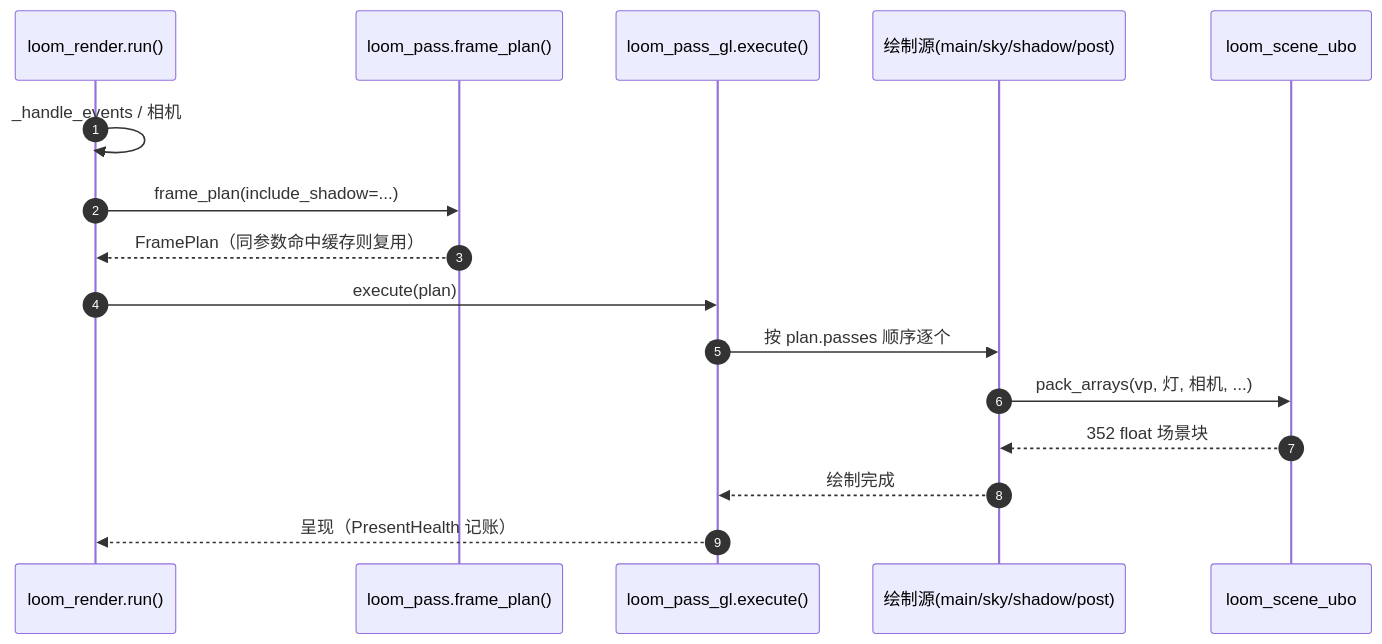
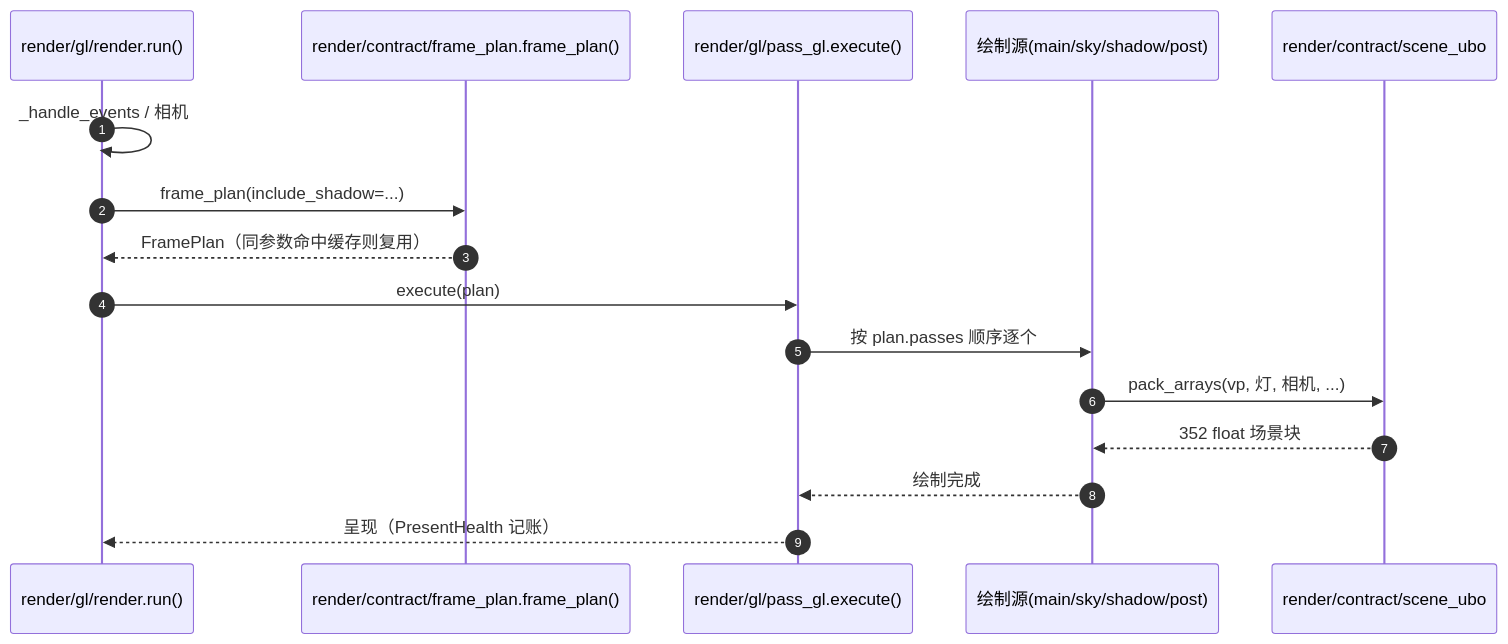
Before and after one commit to lhy302/WeaveEngine: diagram 14 of 23 in ARCHITECTURE.md, drawn with Mermaid. The commit also changed other lines of this file and 97 other files, not shown here.

````diff
--- a/ARCHITECTURE.md
+++ b/ARCHITECTURE.md
@@ -551,18 +551,18 @@
 ```mermaid
 sequenceDiagram
   autonumber
-  participant L as loom_render.run()
-  participant PL as loom_pass.frame_plan()
-  participant X as loom_pass_gl.execute()
+  participant L as render/gl/render.run()
+  participant PL as render/contract/frame_plan.frame_plan()
+  participant X as render/gl/pass_gl.execute()
   participant D as 绘制源(main/sky/shadow/post)
-  participant U as loom_scene_ubo
+  participant U as render/contract/scene_ubo
   L->>L: _handle_events / 相机
   L->>PL: frame_plan(include_shadow=...)
   PL-->>L: FramePlan（同参数命中缓存则复用）
   L->>X: execute(plan)
   X->>D: 按 plan.passes 顺序逐个
   D->>U: pack_arrays(vp, 灯, 相机, ...)
   U-->>D: 352 float 场景块
   D-->>X: 绘制完成
   X-->>L: 呈现（PresentHealth 记账）
 ```
````
